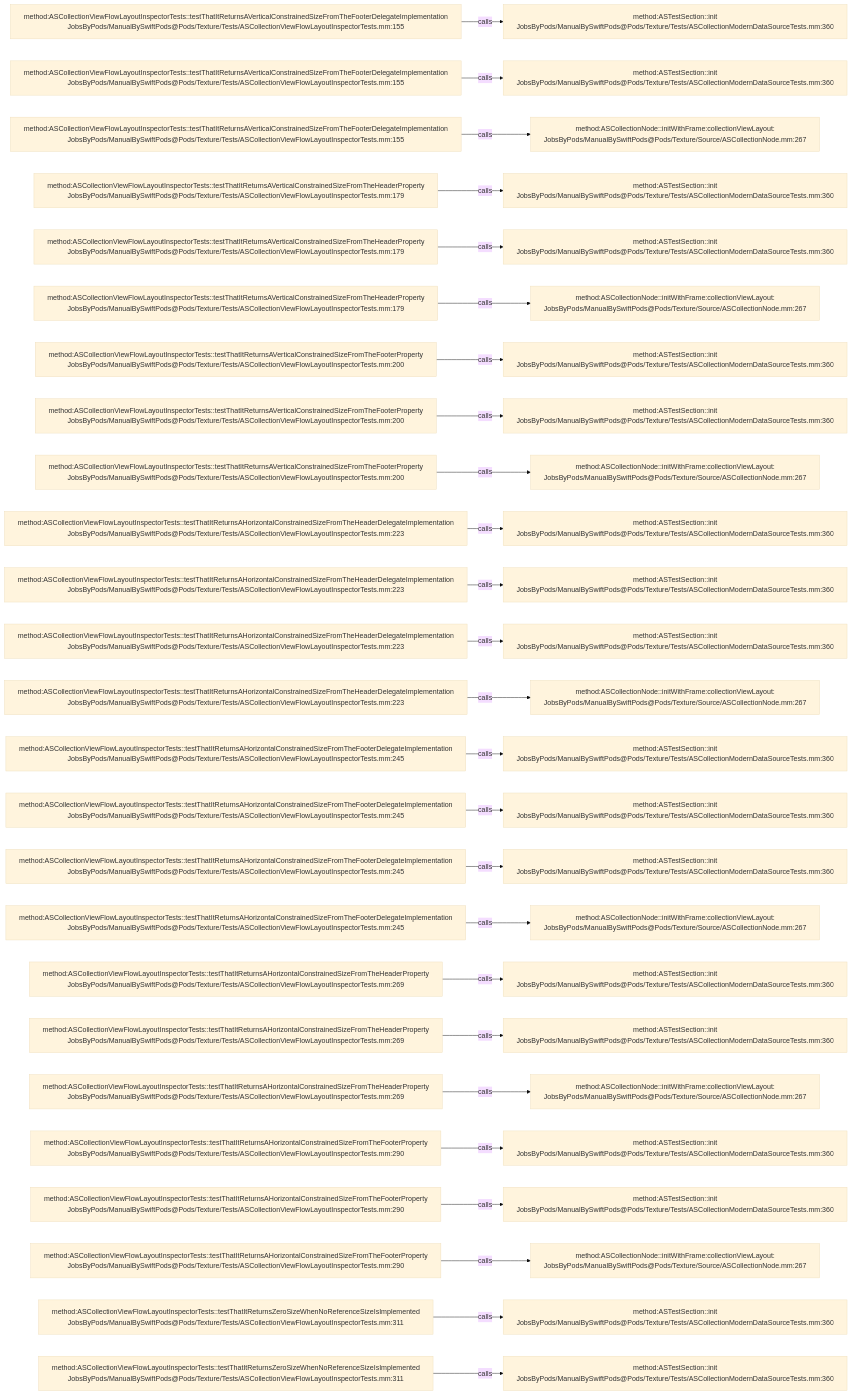
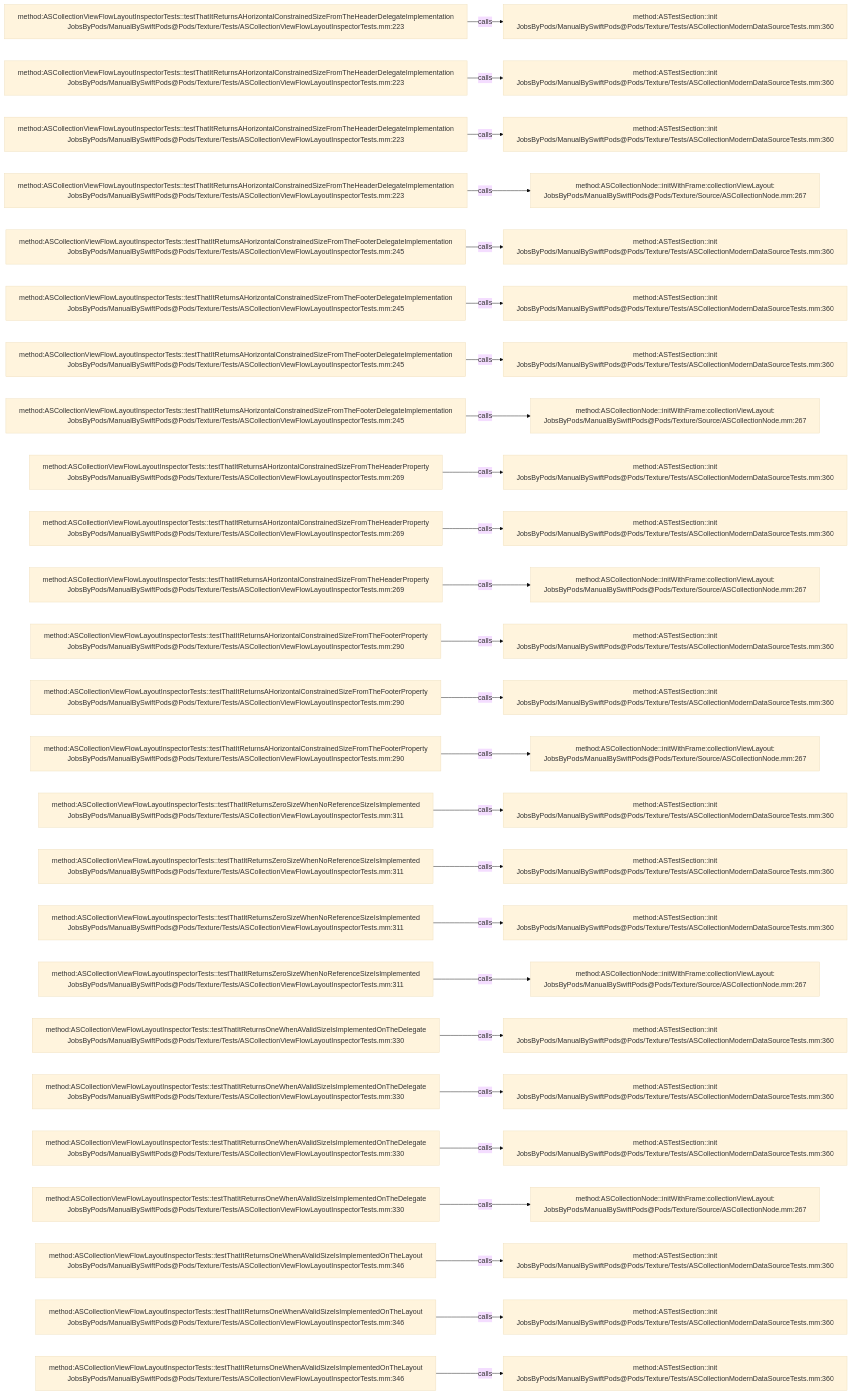
Before and after one commit to JobsKits/JobsSwiftBaseConfigDemo: the diagram in .codegraph/codegraph.md/graphs/calls-169.md, drawn with Mermaid (base theme). The commit also changed 707 other files, not shown here.

````diff
--- a/.codegraph/codegraph.md/graphs/calls-169.md
+++ b/.codegraph/codegraph.md/graphs/calls-169.md
@@ -13,78 +13,78 @@
 ```mermaid
 flowchart LR
-  S1["method:ASCollectionViewFlowLayoutInspectorTests::testThatItReturnsAVerticalConstrainedSizeFromTheFooterDelegateImplementation<br/>JobsByPods/ManualBySwiftPods@Pods/Texture/Tests/ASCollectionViewFlowLayoutInspectorTests.mm:155"]
+  S1["method:ASCollectionViewFlowLayoutInspectorTests::testThatItReturnsAHorizontalConstrainedSizeFromTheHeaderDelegateImplementation<br/>JobsByPods/ManualBySwiftPods@Pods/Texture/Tests/ASCollectionViewFlowLayoutInspectorTests.mm:223"]
   T1["method:ASTestSection::init<br/>JobsByPods/ManualBySwiftPods@Pods/Texture/Tests/ASCollectionModernDataSourceTests.mm:360"]
   S1 -->|calls| T1
-  S2["method:ASCollectionViewFlowLayoutInspectorTests::testThatItReturnsAVerticalConstrainedSizeFromTheFooterDelegateImplementation<br/>JobsByPods/ManualBySwiftPods@Pods/Texture/Tests/ASCollectionViewFlowLayoutInspectorTests.mm:155"]
+  S2["method:ASCollectionViewFlowLayoutInspectorTests::testThatItReturnsAHorizontalConstrainedSizeFromTheHeaderDelegateImplementation<br/>JobsByPods/ManualBySwiftPods@Pods/Texture/Tests/ASCollectionViewFlowLayoutInspectorTests.mm:223"]
   T2["method:ASTestSection::init<br/>JobsByPods/ManualBySwiftPods@Pods/Texture/Tests/ASCollectionModernDataSourceTests.mm:360"]
   S2 -->|calls| T2
-  S3["method:ASCollectionViewFlowLayoutInspectorTests::testThatItReturnsAVerticalConstrainedSizeFromTheFooterDelegateImplementation<br/>JobsByPods/ManualBySwiftPods@Pods/Texture/Tests/ASCollectionViewFlowLayoutInspectorTests.mm:155"]
-  T3["method:ASCollectionNode::initWithFrame:collectionViewLayout:<br/>JobsByPods/ManualBySwiftPods@Pods/Texture/Source/ASCollectionNode.mm:267"]
+  S3["method:ASCollectionViewFlowLayoutInspectorTests::testThatItReturnsAHorizontalConstrainedSizeFromTheHeaderDelegateImplementation<br/>JobsByPods/ManualBySwiftPods@Pods/Texture/Tests/ASCollectionViewFlowLayoutInspectorTests.mm:223"]
+  T3["method:ASTestSection::init<br/>JobsByPods/ManualBySwiftPods@Pods/Texture/Tests/ASCollectionModernDataSourceTests.mm:360"]
   S3 -->|calls| T3
-  S4["method:ASCollectionViewFlowLayoutInspectorTests::testThatItReturnsAVerticalConstrainedSizeFromTheHeaderProperty<br/>JobsByPods/ManualBySwiftPods@Pods/Texture/Tests/ASCollectionViewFlowLayoutInspectorTests.mm:179"]
-  T4["method:ASTestSection::init<br/>JobsByPods/ManualBySwiftPods@Pods/Texture/Tests/ASCollectionModernDataSourceTests.mm:360"]
+  S4["method:ASCollectionViewFlowLayoutInspectorTests::testThatItReturnsAHorizontalConstrainedSizeFromTheHeaderDelegateImplementation<br/>JobsByPods/ManualBySwiftPods@Pods/Texture/Tests/ASCollectionViewFlowLayoutInspectorTests.mm:223"]
+  T4["method:ASCollectionNode::initWithFrame:collectionViewLayout:<br/>JobsByPods/ManualBySwiftPods@Pods/Texture/Source/ASCollectionNode.mm:267"]
   S4 -->|calls| T4
-  S5["method:ASCollectionViewFlowLayoutInspectorTests::testThatItReturnsAVerticalConstrainedSizeFromTheHeaderProperty<br/>JobsByPods/ManualBySwiftPods@Pods/Texture/Tests/ASCollectionViewFlowLayoutInspectorTests.mm:179"]
+  S5["method:ASCollectionViewFlowLayoutInspectorTests::testThatItReturnsAHorizontalConstrainedSizeFromTheFooterDelegateImplementation<br/>JobsByPods/ManualBySwiftPods@Pods/Texture/Tests/ASCollectionViewFlowLayoutInspectorTests.mm:245"]
   T5["method:ASTestSection::init<br/>JobsByPods/ManualBySwiftPods@Pods/Texture/Tests/ASCollectionModernDataSourceTests.mm:360"]
   S5 -->|calls| T5
-  S6["method:ASCollectionViewFlowLayoutInspectorTests::testThatItReturnsAVerticalConstrainedSizeFromTheHeaderProperty<br/>JobsByPods/ManualBySwiftPods@Pods/Texture/Tests/ASCollectionViewFlowLayoutInspectorTests.mm:179"]
-  T6["method:ASCollectionNode::initWithFrame:collectionViewLayout:<br/>JobsByPods/ManualBySwiftPods@Pods/Texture/Source/ASCollectionNode.mm:267"]
+  S6["method:ASCollectionViewFlowLayoutInspectorTests::testThatItReturnsAHorizontalConstrainedSizeFromTheFooterDelegateImplementation<br/>JobsByPods/ManualBySwiftPods@Pods/Texture/Tests/ASCollectionViewFlowLayoutInspectorTests.mm:245"]
+  T6["method:ASTestSection::init<br/>JobsByPods/ManualBySwiftPods@Pods/Texture/Tests/ASCollectionModernDataSourceTests.mm:360"]
   S6 -->|calls| T6
-  S7["method:ASCollectionViewFlowLayoutInspectorTests::testThatItReturnsAVerticalConstrainedSizeFromTheFooterProperty<br/>JobsByPods/ManualBySwiftPods@Pods/Texture/Tests/ASCollectionViewFlowLayoutInspectorTests.mm:200"]
+  S7["method:ASCollectionViewFlowLayoutInspectorTests::testThatItReturnsAHorizontalConstrainedSizeFromTheFooterDelegateImplementation<br/>JobsByPods/ManualBySwiftPods@Pods/Texture/Tests/ASCollectionViewFlowLayoutInspectorTests.mm:245"]
   T7["method:ASTestSection::init<br/>JobsByPods/ManualBySwiftPods@Pods/Texture/Tests/ASCollectionModernDataSourceTests.mm:360"]
   S7 -->|calls| T7
-  S8["method:ASCollectionViewFlowLayoutInspectorTests::testThatItReturnsAVerticalConstrainedSizeFromTheFooterProperty<br/>JobsByPods/ManualBySwiftPods@Pods/Texture/Tests/ASCollectionViewFlowLayoutInspectorTests.mm:200"]
-  T8["method:ASTestSection::init<br/>JobsByPods/ManualBySwiftPods@Pods/Texture/Tests/ASCollectionModernDataSourceTests.mm:360"]
+  S8["method:ASCollectionViewFlowLayoutInspectorTests::testThatItReturnsAHorizontalConstrainedSizeFromTheFooterDelegateImplementation<br/>JobsByPods/ManualBySwiftPods@Pods/Texture/Tests/ASCollectionViewFlowLayoutInspectorTests.mm:245"]
+  T8["method:ASCollectionNode::initWithFrame:collectionViewLayout:<br/>JobsByPods/ManualBySwiftPods@Pods/Texture/Source/ASCollectionNode.mm:267"]
   S8 -->|calls| T8
-  S9["method:ASCollectionViewFlowLayoutInspectorTests::testThatItReturnsAVerticalConstrainedSizeFromTheFooterProperty<br/>JobsByPods/ManualBySwiftPods@Pods/Texture/Tests/ASCollectionViewFlowLayoutInspectorTests.mm:200"]
-  T9["method:ASCollectionNode::initWithFrame:collectionViewLayout:<br/>JobsByPods/ManualBySwiftPods@Pods/Texture/Source/ASCollectionNode.mm:267"]
+  S9["method:ASCollectionViewFlowLayoutInspectorTests::testThatItReturnsAHorizontalConstrainedSizeFromTheHeaderProperty<br/>JobsByPods/ManualBySwiftPods@Pods/Texture/Tests/ASCollectionViewFlowLayoutInspectorTests.mm:269"]
+  T9["method:ASTestSection::init<br/>JobsByPods/ManualBySwiftPods@Pods/Texture/Tests/ASCollectionModernDataSourceTests.mm:360"]
   S9 -->|calls| T9
-  S10["method:ASCollectionViewFlowLayoutInspectorTests::testThatItReturnsAHorizontalConstrainedSizeFromTheHeaderDelegateImplementation<br/>JobsByPods/ManualBySwiftPods@Pods/Texture/Tests/ASCollectionViewFlowLayoutInspectorTests.mm:223"]
+  S10["method:ASCollectionViewFlowLayoutInspectorTests::testThatItReturnsAHorizontalConstrainedSizeFromTheHeaderProperty<br/>JobsByPods/ManualBySwiftPods@Pods/Texture/Tests/ASCollectionViewFlowLayoutInspectorTests.mm:269"]
   T10["method:ASTestSection::init<br/>JobsByPods/ManualBySwiftPods@Pods/Texture/Tests/ASCollectionModernDataSourceTests.mm:360"]
   S10 -->|calls| T10
-  S11["method:ASCollectionViewFlowLayoutInspectorTests::testThatItReturnsAHorizontalConstrainedSizeFromTheHeaderDelegateImplementation<br/>JobsByPods/ManualBySwiftPods@Pods/Texture/Tests/ASCollectionViewFlowLayoutInspectorTests.mm:223"]
-  T11["method:ASTestSection::init<br/>JobsByPods/ManualBySwiftPods@Pods/Texture/Tests/ASCollectionModernDataSourceTests.mm:360"]
+  S11["method:ASCollectionViewFlowLayoutInspectorTests::testThatItReturnsAHorizontalConstrainedSizeFromTheHeaderProperty<br/>JobsByPods/ManualBySwiftPods@Pods/Texture/Tests/ASCollectionViewFlowLayoutInspectorTests.mm:269"]
+  T11["method:ASCollectionNode::initWithFrame:collectionViewLayout:<br/>JobsByPods/ManualBySwiftPods@Pods/Texture/Source/ASCollectionNode.mm:267"]
   S11 -->|calls| T11
-  S12["method:ASCollectionViewFlowLayoutInspectorTests::testThatItReturnsAHorizontalConstrainedSizeFromTheHeaderDelegateImplementation<br/>JobsByPods/ManualBySwiftPods@Pods/Texture/Tests/ASCollectionViewFlowLayoutInspectorTests.mm:223"]
+  S12["method:ASCollectionViewFlowLayoutInspectorTests::testThatItReturnsAHorizontalConstrainedSizeFromTheFooterProperty<br/>JobsByPods/ManualBySwiftPods@Pods/Texture/Tests/ASCollectionViewFlowLayoutInspectorTests.mm:290"]
   T12["method:ASTestSection::init<br/>JobsByPods/ManualBySwiftPods@Pods/Texture/Tests/ASCollectionModernDataSourceTests.mm:360"]
   S12 -->|calls| T12
-  S13["method:ASCollectionViewFlowLayoutInspectorTests::testThatItReturnsAHorizontalConstrainedSizeFromTheHeaderDelegateImplementation<br/>JobsByPods/ManualBySwiftPods@Pods/Texture/Tests/ASCollectionViewFlowLayoutInspectorTests.mm:223"]
-  T13["method:ASCollectionNode::initWithFrame:collectionViewLayout:<br/>JobsByPods/ManualBySwiftPods@Pods/Texture/Source/ASCollectionNode.mm:267"]
+  S13["method:ASCollectionViewFlowLayoutInspectorTests::testThatItReturnsAHorizontalConstrainedSizeFromTheFooterProperty<br/>JobsByPods/ManualBySwiftPods@Pods/Texture/Tests/ASCollectionViewFlowLayoutInspectorTests.mm:290"]
+  T13["method:ASTestSection::init<br/>JobsByPods/ManualBySwiftPods@Pods/Texture/Tests/ASCollectionModernDataSourceTests.mm:360"]
   S13 -->|calls| T13
-  S14["method:ASCollectionViewFlowLayoutInspectorTests::testThatItReturnsAHorizontalConstrainedSizeFromTheFooterDelegateImplementation<br/>JobsByPods/ManualBySwiftPods@Pods/Texture/Tests/ASCollectionViewFlowLayoutInspectorTests.mm:245"]
-  T14["method:ASTestSection::init<br/>JobsByPods/ManualBySwiftPods@Pods/Texture/Tests/ASCollectionModernDataSourceTests.mm:360"]
+  S14["method:ASCollectionViewFlowLayoutInspectorTests::testThatItReturnsAHorizontalConstrainedSizeFromTheFooterProperty<br/>JobsByPods/ManualBySwiftPods@Pods/Texture/Tests/ASCollectionViewFlowLayoutInspectorTests.mm:290"]
+  T14["method:ASCollectionNode::initWithFrame:collectionViewLayout:<br/>JobsByPods/ManualBySwiftPods@Pods/Texture/Source/ASCollectionNode.mm:267"]
   S14 -->|calls| T14
-  S15["method:ASCollectionViewFlowLayoutInspectorTests::testThatItReturnsAHorizontalConstrainedSizeFromTheFooterDelegateImplementation<br/>JobsByPods/ManualBySwiftPods@Pods/Texture/Tests/ASCollectionViewFlowLayoutInspectorTests.mm:245"]
+  S15["method:ASCollectionViewFlowLayoutInspectorTests::testThatItReturnsZeroSizeWhenNoReferenceSizeIsImplemented<br/>JobsByPods/ManualBySwiftPods@Pods/Texture/Tests/ASCollectionViewFlowLayoutInspectorTests.mm:311"]
   T15["method:ASTestSection::init<br/>JobsByPods/ManualBySwiftPods@Pods/Texture/Tests/ASCollectionModernDataSourceTests.mm:360"]
   S15 -->|calls| T15
-  S16["method:ASCollectionViewFlowLayoutInspectorTests::testThatItReturnsAHorizontalConstrainedSizeFromTheFooterDelegateImplementation<br/>JobsByPods/ManualBySwiftPods@Pods/Texture/Tests/ASCollectionViewFlowLayoutInspectorTests.mm:245"]
+  S16["method:ASCollectionViewFlowLayoutInspectorTests::testThatItReturnsZeroSizeWhenNoReferenceSizeIsImplemented<br/>JobsByPods/ManualBySwiftPods@Pods/Texture/Tests/ASCollectionViewFlowLayoutInspectorTests.mm:311"]
   T16["method:ASTestSection::init<br/>JobsByPods/ManualBySwiftPods@Pods/Texture/Tests/ASCollectionModernDataSourceTests.mm:360"]
   S16 -->|calls| T16
-  S17["method:ASCollectionViewFlowLayoutInspectorTests::testThatItReturnsAHorizontalConstrainedSizeFromTheFooterDelegateImplementation<br/>JobsByPods/ManualBySwiftPods@Pods/Texture/Tests/ASCollectionViewFlowLayoutInspectorTests.mm:245"]
-  T17["method:ASCollectionNode::initWithFrame:collectionViewLayout:<br/>JobsByPods/ManualBySwiftPods@Pods/Texture/Source/ASCollectionNode.mm:267"]
+  S17["method:ASCollectionViewFlowLayoutInspectorTests::testThatItReturnsZeroSizeWhenNoReferenceSizeIsImplemented<br/>JobsByPods/ManualBySwiftPods@Pods/Texture/Tests/ASCollectionViewFlowLayoutInspectorTests.mm:311"]
+  T17["method:ASTestSection::init<br/>JobsByPods/ManualBySwiftPods@Pods/Texture/Tests/ASCollectionModernDataSourceTests.mm:360"]
   S17 -->|calls| T17
-  S18["method:ASCollectionViewFlowLayoutInspectorTests::testThatItReturnsAHorizontalConstrainedSizeFromTheHeaderProperty<br/>JobsByPods/ManualBySwiftPods@Pods/Texture/Tests/ASCollectionViewFlowLayoutInspectorTests.mm:269"]
-  T18["method:ASTestSection::init<br/>JobsByPods/ManualBySwiftPods@Pods/Texture/Tests/ASCollectionModernDataSourceTests.mm:360"]
+  S18["method:ASCollectionViewFlowLayoutInspectorTests::testThatItReturnsZeroSizeWhenNoReferenceSizeIsImplemented<br/>JobsByPods/ManualBySwiftPods@Pods/Texture/Tests/ASCollectionViewFlowLayoutInspectorTests.mm:311"]
+  T18["method:ASCollectionNode::initWithFrame:collectionViewLayout:<br/>JobsByPods/ManualBySwiftPods@Pods/Texture/Source/ASCollectionNode.mm:267"]
   S18 -->|calls| T18
-  S19["method:ASCollectionViewFlowLayoutInspectorTests::testThatItReturnsAHorizontalConstrainedSizeFromTheHeaderProperty<br/>JobsByPods/ManualBySwiftPods@Pods/Texture/Tests/ASCollectionViewFlowLayoutInspectorTests.mm:269"]
+  S19["method:ASCollectionViewFlowLayoutInspectorTests::testThatItReturnsOneWhenAValidSizeIsImplementedOnTheDelegate<br/>JobsByPods/ManualBySwiftPods@Pods/Texture/Tests/ASCollectionViewFlowLayoutInspectorTests.mm:330"]
   T19["method:ASTestSection::init<br/>JobsByPods/ManualBySwiftPods@Pods/Texture/Tests/ASCollectionModernDataSourceTests.mm:360"]
   S19 -->|calls| T19
-  S20["method:ASCollectionViewFlowLayoutInspectorTests::testThatItReturnsAHorizontalConstrainedSizeFromTheHeaderProperty<br/>JobsByPods/ManualBySwiftPods@Pods/Texture/Tests/ASCollectionViewFlowLayoutInspectorTests.mm:269"]
-  T20["method:ASCollectionNode::initWithFrame:collectionViewLayout:<br/>JobsByPods/ManualBySwiftPods@Pods/Texture/Source/ASCollectionNode.mm:267"]
+  S20["method:ASCollectionViewFlowLayoutInspectorTests::testThatItReturnsOneWhenAValidSizeIsImplementedOnTheDelegate<br/>JobsByPods/ManualBySwiftPods@Pods/Texture/Tests/ASCollectionViewFlowLayoutInspectorTests.mm:330"]
+  T20["method:ASTestSection::init<br/>JobsByPods/ManualBySwiftPods@Pods/Texture/Tests/ASCollectionModernDataSourceTests.mm:360"]
   S20 -->|calls| T20
-  S21["method:ASCollectionViewFlowLayoutInspectorTests::testThatItReturnsAHorizontalConstrainedSizeFromTheFooterProperty<br/>JobsByPods/ManualBySwiftPods@Pods/Texture/Tests/ASCollectionViewFlowLayoutInspectorTests.mm:290"]
+  S21["method:ASCollectionViewFlowLayoutInspectorTests::testThatItReturnsOneWhenAValidSizeIsImplementedOnTheDelegate<br/>JobsByPods/ManualBySwiftPods@Pods/Texture/Tests/ASCollectionViewFlowLayoutInspectorTests.mm:330"]
   T21["method:ASTestSection::init<br/>JobsByPods/ManualBySwiftPods@Pods/Texture/Tests/ASCollectionModernDataSourceTests.mm:360"]
   S21 -->|calls| T21
-  S22["method:ASCollectionViewFlowLayoutInspectorTests::testThatItReturnsAHorizontalConstrainedSizeFromTheFooterProperty<br/>JobsByPods/ManualBySwiftPods@Pods/Texture/Tests/ASCollectionViewFlowLayoutInspectorTests.mm:290"]
-  T22["method:ASTestSection::init<br/>JobsByPods/ManualBySwiftPods@Pods/Texture/Tests/ASCollectionModernDataSourceTests.mm:360"]
+  S22["method:ASCollectionViewFlowLayoutInspectorTests::testThatItReturnsOneWhenAValidSizeIsImplementedOnTheDelegate<br/>JobsByPods/ManualBySwiftPods@Pods/Texture/Tests/ASCollectionViewFlowLayoutInspectorTests.mm:330"]
+  T22["method:ASCollectionNode::initWithFrame:collectionViewLayout:<br/>JobsByPods/ManualBySwiftPods@Pods/Texture/Source/ASCollectionNode.mm:267"]
   S22 -->|calls| T22
-  S23["method:ASCollectionViewFlowLayoutInspectorTests::testThatItReturnsAHorizontalConstrainedSizeFromTheFooterProperty<br/>JobsByPods/ManualBySwiftPods@Pods/Texture/Tests/ASCollectionViewFlowLayoutInspectorTests.mm:290"]
-  T23["method:ASCollectionNode::initWithFrame:collectionViewLayout:<br/>JobsByPods/ManualBySwiftPods@Pods/Texture/Source/ASCollectionNode.mm:267"]
+  S23["method:ASCollectionViewFlowLayoutInspectorTests::testThatItReturnsOneWhenAValidSizeIsImplementedOnTheLayout<br/>JobsByPods/ManualBySwiftPods@Pods/Texture/Tests/ASCollectionViewFlowLayoutInspectorTests.mm:346"]
+  T23["method:ASTestSection::init<br/>JobsByPods/ManualBySwiftPods@Pods/Texture/Tests/ASCollectionModernDataSourceTests.mm:360"]
   S23 -->|calls| T23
-  S24["method:ASCollectionViewFlowLayoutInspectorTests::testThatItReturnsZeroSizeWhenNoReferenceSizeIsImplemented<br/>JobsByPods/ManualBySwiftPods@Pods/Texture/Tests/ASCollectionViewFlowLayoutInspectorTests.mm:311"]
+  S24["method:ASCollectionViewFlowLayoutInspectorTests::testThatItReturnsOneWhenAValidSizeIsImplementedOnTheLayout<br/>JobsByPods/ManualBySwiftPods@Pods/Texture/Tests/ASCollectionViewFlowLayoutInspectorTests.mm:346"]
   T24["method:ASTestSection::init<br/>JobsByPods/ManualBySwiftPods@Pods/Texture/Tests/ASCollectionModernDataSourceTests.mm:360"]
   S24 -->|calls| T24
-  S25["method:ASCollectionViewFlowLayoutInspectorTests::testThatItReturnsZeroSizeWhenNoReferenceSizeIsImplemented<br/>JobsByPods/ManualBySwiftPods@Pods/Texture/Tests/ASCollectionViewFlowLayoutInspectorTests.mm:311"]
+  S25["method:ASCollectionViewFlowLayoutInspectorTests::testThatItReturnsOneWhenAValidSizeIsImplementedOnTheLayout<br/>JobsByPods/ManualBySwiftPods@Pods/Texture/Tests/ASCollectionViewFlowLayoutInspectorTests.mm:346"]
   T25["method:ASTestSection::init<br/>JobsByPods/ManualBySwiftPods@Pods/Texture/Tests/ASCollectionModernDataSourceTests.mm:360"]
   S25 -->|calls| T25
 ```
````
